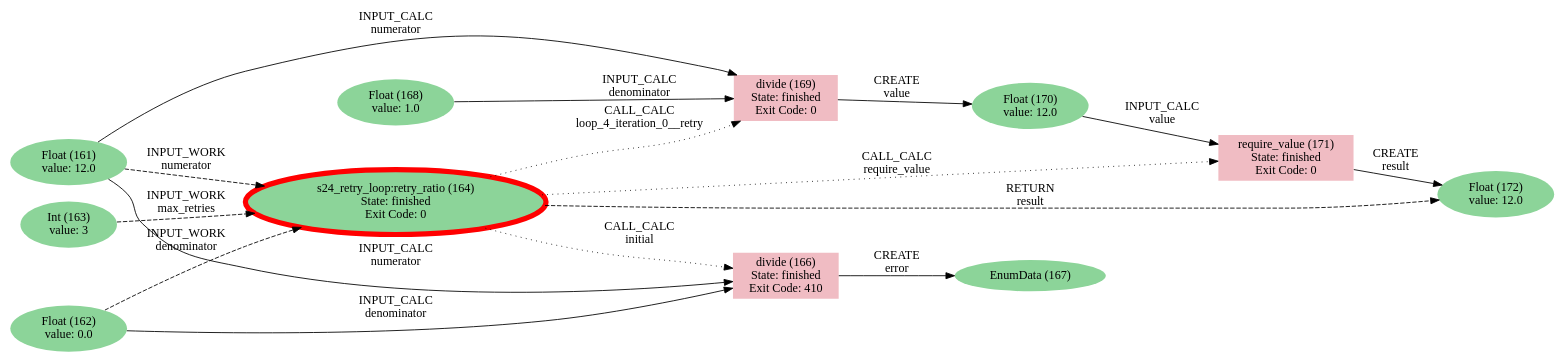
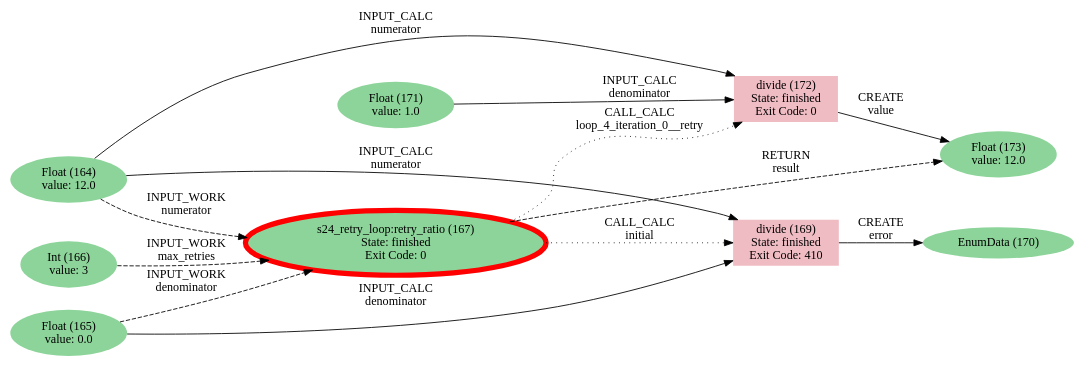
Before and after one commit to GeigerJ2/2026-11-19-v3-graph-language: the diagram in scripts/generated/s24_denominator_0.dot, drawn with Graphviz. The commit also changed 92 other files, not shown here.

```diff
--- a/scripts/generated/s24_denominator_0.dot
+++ b/scripts/generated/s24_denominator_0.dot
@@ -1,58 +1,47 @@
 digraph {
 	graph [rankdir=LR]
-	N164 [label="s24_retry_loop:retry_ratio (164)
+	N167 [label="s24_retry_loop:retry_ratio (167)
 State: finished
 Exit Code: 0" color=red fillcolor="#8cd499ff" penwidth=6 shape=ellipse style=filled]
-	N161 [label="Float (161)
+	N164 [label="Float (164)
 value: 12.0" fillcolor="#8cd499ff" penwidth=0 shape=ellipse style=filled]
-	N162 [label="Float (162)
+	N165 [label="Float (165)
 value: 0.0" fillcolor="#8cd499ff" penwidth=0 shape=ellipse style=filled]
-	N163 [label="Int (163)
+	N166 [label="Int (166)
 value: 3" fillcolor="#8cd499ff" penwidth=0 shape=ellipse style=filled]
-	N166 [label="divide (166)
+	N169 [label="divide (169)
 State: finished
 Exit Code: 410" fillcolor="#de707f77" penwidth=0 shape=rectangle style=filled]
-	N167 [label="EnumData (167)" fillcolor="#8cd499ff" penwidth=0 shape=ellipse style=filled]
-	N168 [label="Float (168)
+	N170 [label="EnumData (170)" fillcolor="#8cd499ff" penwidth=0 shape=ellipse style=filled]
+	N171 [label="Float (171)
 value: 1.0" fillcolor="#8cd499ff" penwidth=0 shape=ellipse style=filled]
-	N169 [label="divide (169)
+	N172 [label="divide (172)
 State: finished
 Exit Code: 0" fillcolor="#de707f77" penwidth=0 shape=rectangle style=filled]
-	N170 [label="Float (170)
+	N173 [label="Float (173)
 value: 12.0" fillcolor="#8cd499ff" penwidth=0 shape=ellipse style=filled]
-	N171 [label="require_value (171)
-State: finished
-Exit Code: 0" fillcolor="#de707f77" penwidth=0 shape=rectangle style=filled]
-	N172 [label="Float (172)
-value: 12.0" fillcolor="#8cd499ff" penwidth=0 shape=ellipse style=filled]
-	N162 -> N164 [label="INPUT_WORK
+	N164 -> N172 [label="INPUT_CALC
+numerator" color="#000000" style=solid]
+	N164 -> N169 [label="INPUT_CALC
+numerator" color="#000000" style=solid]
+	N167 -> N172 [label="CALL_CALC
+loop_4_iteration_0__retry" color="#000000" style=dotted]
+	N171 -> N172 [label="INPUT_CALC
+denominator" color="#000000" style=solid]
+	N167 -> N169 [label="CALL_CALC
+initial" color="#000000" style=dotted]
+	N172 -> N173 [label="CREATE
+value" color="#000000" style=solid]
+	N167 -> N173 [label="RETURN
+result" color="#000000" style=dashed]
+	N165 -> N169 [label="INPUT_CALC
+denominator" color="#000000" style=solid]
+	N165 -> N167 [label="INPUT_WORK
 denominator" color="#000000" style=dashed]
-	N164 -> N166 [label="CALL_CALC
-initial" color="#000000" style=dotted]
-	N162 -> N166 [label="INPUT_CALC
-denominator" color="#000000" style=solid]
-	N164 -> N172 [label="RETURN
-result" color="#000000" style=dashed]
-	N164 -> N169 [label="CALL_CALC
-loop_4_iteration_0__retry" color="#000000" style=dotted]
-	N163 -> N164 [label="INPUT_WORK
+	N166 -> N167 [label="INPUT_WORK
 max_retries" color="#000000" style=dashed]
-	N170 -> N171 [label="INPUT_CALC
-value" color="#000000" style=solid]
-	N161 -> N164 [label="INPUT_WORK
+	N169 -> N170 [label="CREATE
+error" color="#000000" style=solid]
+	N164 -> N167 [label="INPUT_WORK
 numerator" color="#000000" style=dashed]
-	N161 -> N166 [label="INPUT_CALC
-numerator" color="#000000" style=solid]
-	N166 -> N167 [label="CREATE
-error" color="#000000" style=solid]
-	N171 -> N172 [label="CREATE
-result" color="#000000" style=solid]
-	N164 -> N171 [label="CALL_CALC
-require_value" color="#000000" style=dotted]
-	N168 -> N169 [label="INPUT_CALC
-denominator" color="#000000" style=solid]
-	N161 -> N169 [label="INPUT_CALC
-numerator" color="#000000" style=solid]
-	N169 -> N170 [label="CREATE
-value" color="#000000" style=solid]
 }
```
